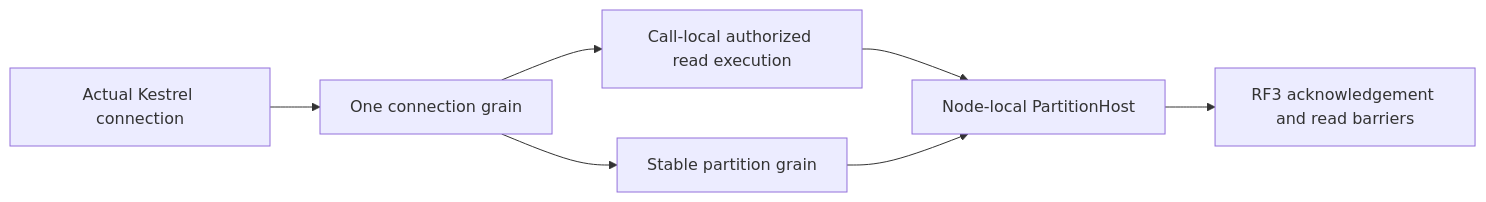
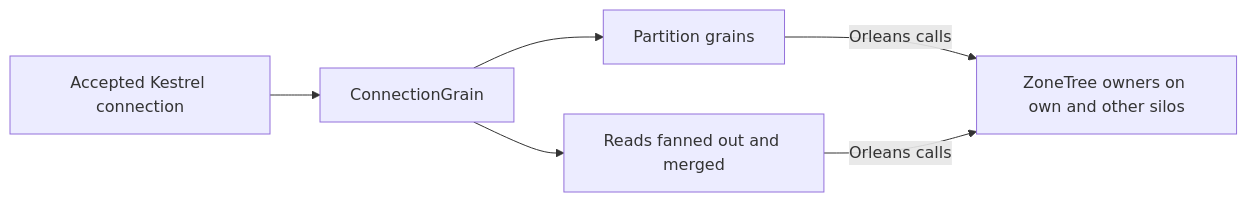
Before and after one commit to managedcode/KeyLoad: the diagram in docs/ADR/ADR-125-connection-owned-execution.md, drawn with Mermaid. The commit also changed other lines of this file and 271 other files, not shown here.

````diff
--- a/docs/ADR/ADR-125-connection-owned-execution.md
+++ b/docs/ADR/ADR-125-connection-owned-execution.md
@@ -26,9 +9,8 @@
 ```mermaid
 flowchart LR
-  T[Actual Kestrel connection] --> C[One connection grain]
-  C --> R[Call-local authorized read execution]
-  C --> P[Stable partition grain]
-  R --> H[Node-local PartitionHost]
-  P --> H
-  H --> F[RF3 acknowledgement and read barriers]
+    T[Accepted Kestrel connection] --> C[ConnectionGrain]
+    C --> P[Partition grains]
+    C --> R[Reads fanned out and merged]
+    P -->|Orleans calls| Z[ZoneTree owners on own and other silos]
+    R -->|Orleans calls| Z
 ```
````
